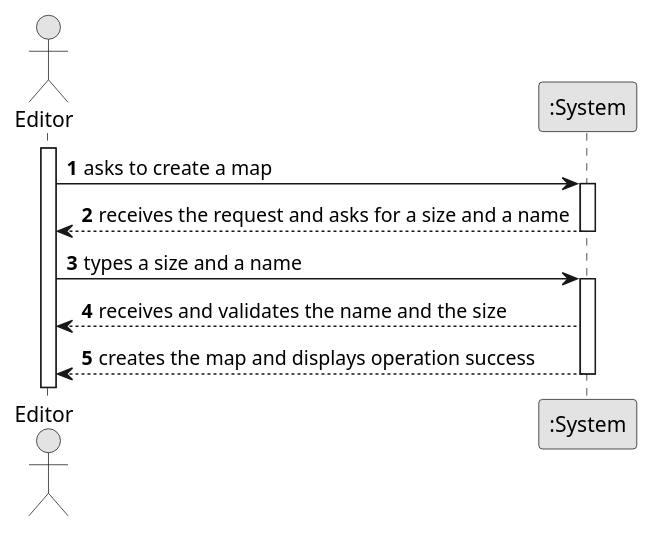
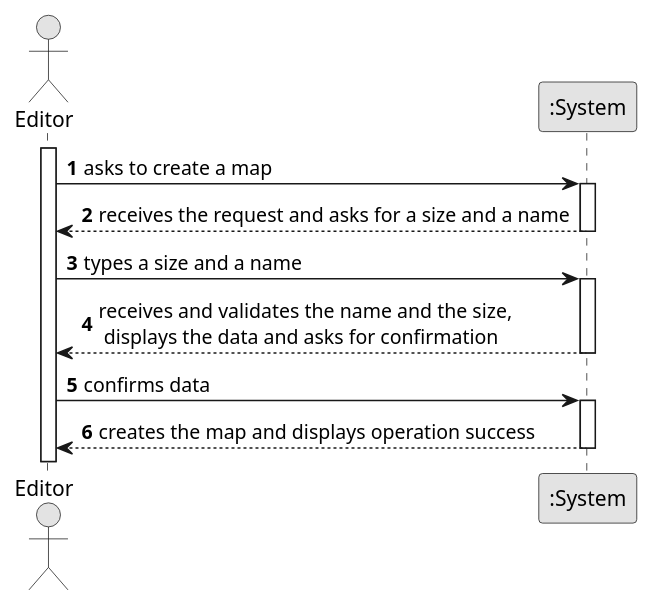
The diagram in docsFinais/US001/01.requirements-engineering/puml/US001-SSD.puml (1240935/pi2-railway-simulator), drawn with PlantUML before and after one commit. The commit also changed 31 other files, not shown here.

```diff
--- a/docsFinais/US001/01.requirements-engineering/puml/US001-SSD.puml
+++ b/docsFinais/US001/01.requirements-engineering/puml/US001-SSD.puml
@@ -1,27 +1,34 @@
 @startuml
 skinparam monochrome true
 skinparam packageStyle rectangle
 skinparam shadowing false
 
 autonumber
 
 actor "Editor" as Editor
 participant ":System" as System
 
 activate Editor
 
     Editor -> System : asks to create a map
     activate System
 
         System --> Editor : receives the request and asks for a size and a name
     deactivate System
 
     Editor -> System : types a size and a name
     activate System
 
-        System --> Editor : receives and validates the name and the size
+        System --> Editor : receives and validates the name and the size, \n displays the data and asks for confirmation
+
+    deactivate System
+
+    Editor -> System : confirms data
+
+    activate System
+
         System --> Editor : creates the map and displays operation success
     deactivate System
 
 
 @enduml
```
